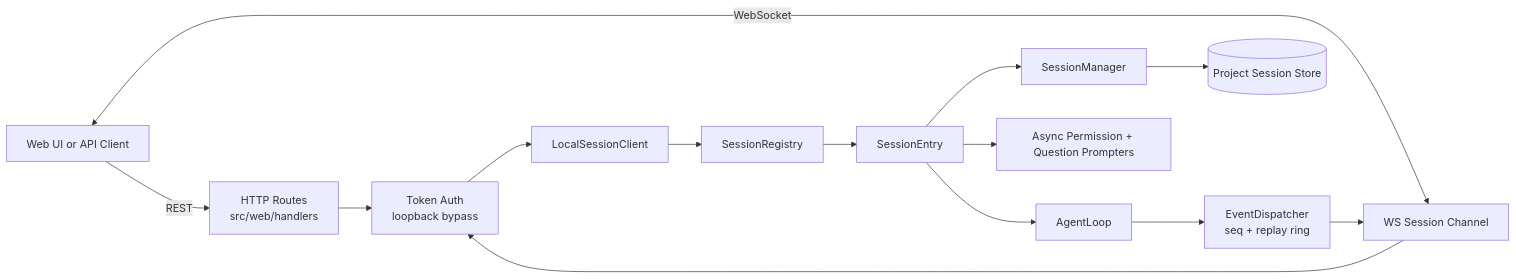
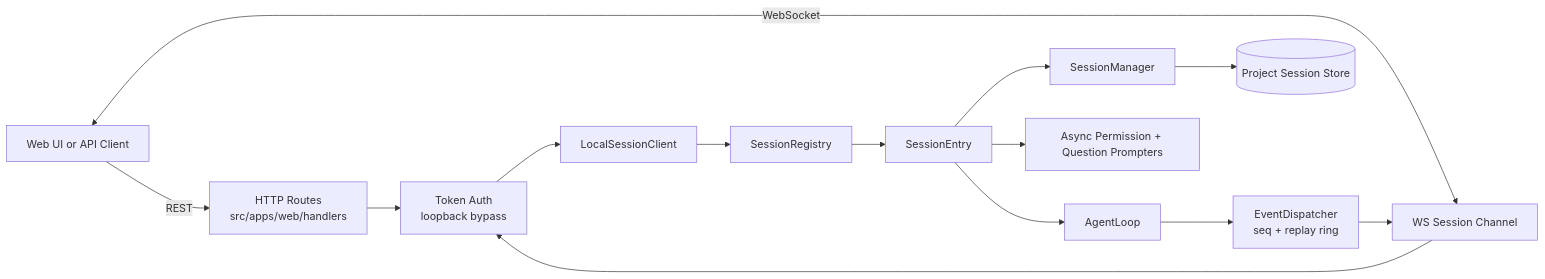
The third of 4 diagrams in ARCHITECTURE.md (tmoonlight/acecode), drawn with Mermaid before and after one commit. The commit also changed other lines of this file and 201 other files, not shown here.

````diff
--- a/ARCHITECTURE.md
+++ b/ARCHITECTURE.md
@@ -80,18 +80,18 @@
 ```mermaid
 flowchart LR
-    client[Web UI or API Client] -->|REST| routes[HTTP Routes<br/>src/web/handlers]
+    client[Web UI or API Client] -->|REST| routes[HTTP Routes<br/>src/apps/web/handlers]
     client <-->|WebSocket| ws[WS Session Channel]
 
     routes --> auth[Token Auth<br/>loopback bypass]
     ws --> auth
     auth --> local[LocalSessionClient]
     local --> registry[SessionRegistry]
 
     registry --> entry[SessionEntry]
     entry --> loop[AgentLoop]
     entry --> manager[SessionManager]
     entry --> prompt[Async Permission + Question Prompters]
     loop --> dispatcher[EventDispatcher<br/>seq + replay ring]
     dispatcher --> ws
     manager --> store[(Project Session Store)]
 ```
````
